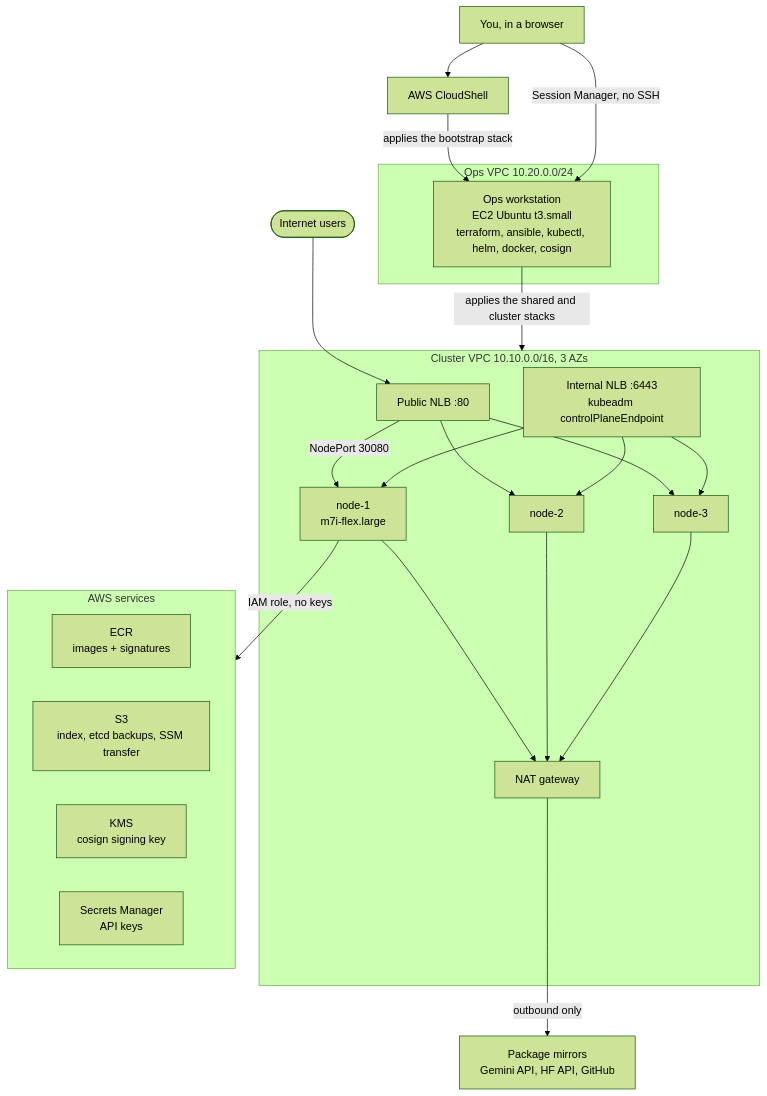
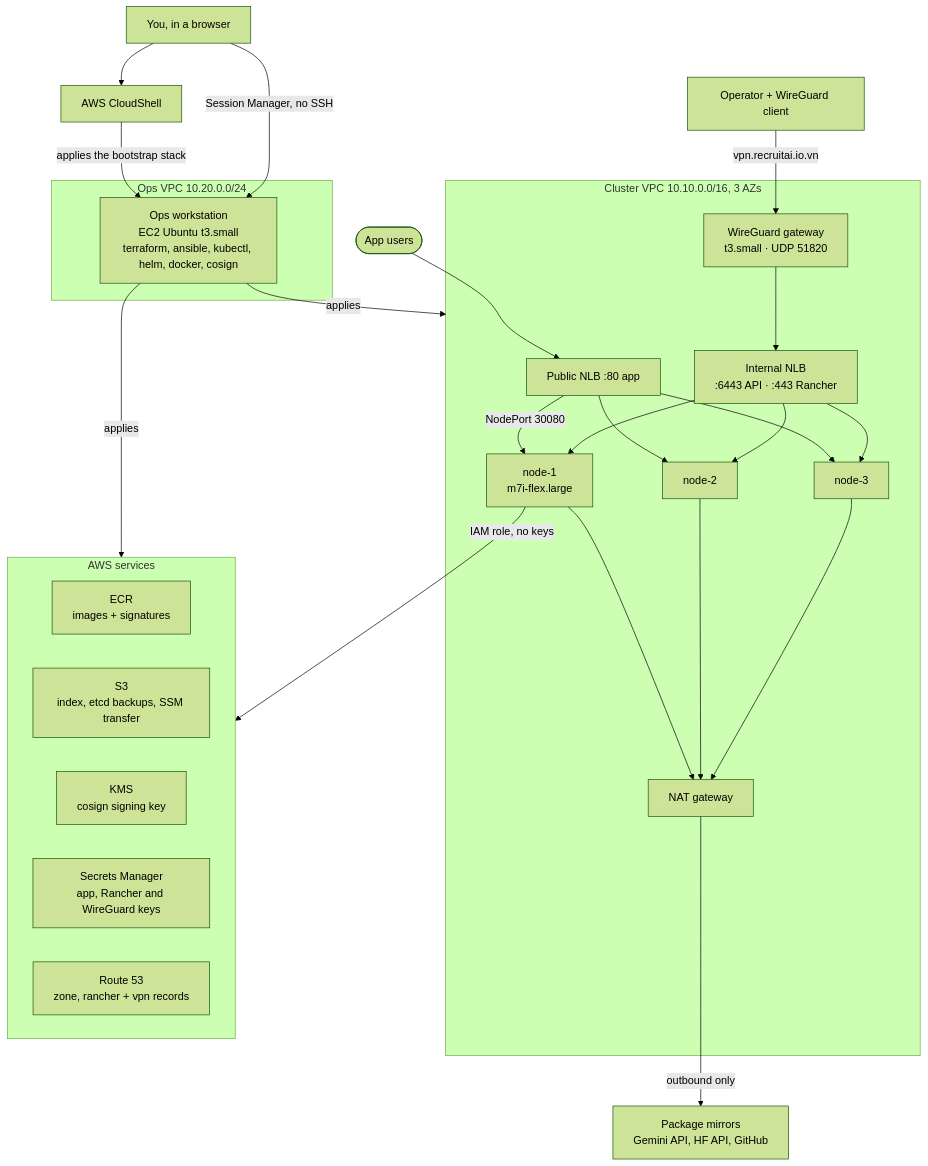
One commit to biabeogo147/Medical-RAG-Chatbot changed the first of 3 diagrams in docs/terraform/README.md. Above: the diagram before and after it, drawn with Mermaid (forest theme). The commit also changed other lines of this file and 5 other files, not shown here.

First line of the commit message:
docs: private Rancher access through WireGuard

````diff
--- a/docs/terraform/README.md
+++ b/docs/terraform/README.md
@@ -12,43 +12,48 @@
 ```mermaid
 flowchart TB
     You["You, in a browser"]
     CS["AWS CloudShell"]
     You --> CS
     CS -->|"applies the bootstrap stack"| WS
 
     subgraph OPS["Ops VPC 10.20.0.0/24"]
         WS["Ops workstation<br/>EC2 Ubuntu t3.small<br/>terraform, ansible, kubectl, helm, docker, cosign"]
     end
 
     You -->|"Session Manager, no SSH"| WS
-    WS -->|"applies the shared and cluster stacks"| CLUSTER
+    WS -->|"applies"| SVC
+    WS -->|"applies"| CLUSTER
 
     subgraph CLUSTER["Cluster VPC 10.10.0.0/16, 3 AZs"]
-        PUB["Public NLB :80"]
-        API["Internal NLB :6443<br/>kubeadm controlPlaneEndpoint"]
+        PUB["Public NLB :80 app"]
+        API["Internal NLB<br/>:6443 API · :443 Rancher"]
+        WG["WireGuard gateway<br/>t3.small · UDP 51820"]
         N1["node-1<br/>m7i-flex.large"]
         N2["node-2"]
         N3["node-3"]
         NAT["NAT gateway"]
         PUB -->|"NodePort 30080"| N1
         PUB --> N2
         PUB --> N3
         API --> N1
         API --> N2
         API --> N3
+        WG --> API
         N1 --> NAT
         N2 --> NAT
         N3 --> NAT
     end
 
-    Internet(["Internet users"]) --> PUB
+    Internet(["App users"]) --> PUB
+    Operator["Operator + WireGuard client"] -->|"vpn.recruitai.io.vn"| WG
     NAT -->|"outbound only"| EXT["Package mirrors<br/>Gemini API, HF API, GitHub"]
 
     N1 -->|"IAM role, no keys"| SVC
     subgraph SVC["AWS services"]
         ECR["ECR<br/>images + signatures"]
         S3["S3<br/>index, etcd backups, SSM transfer"]
         KMS["KMS<br/>cosign signing key"]
-        SM["Secrets Manager<br/>API keys"]
+        SM["Secrets Manager<br/>app, Rancher and WireGuard keys"]
+        R53["Route 53<br/>zone, rancher + vpn records"]
     end
 ```
````
